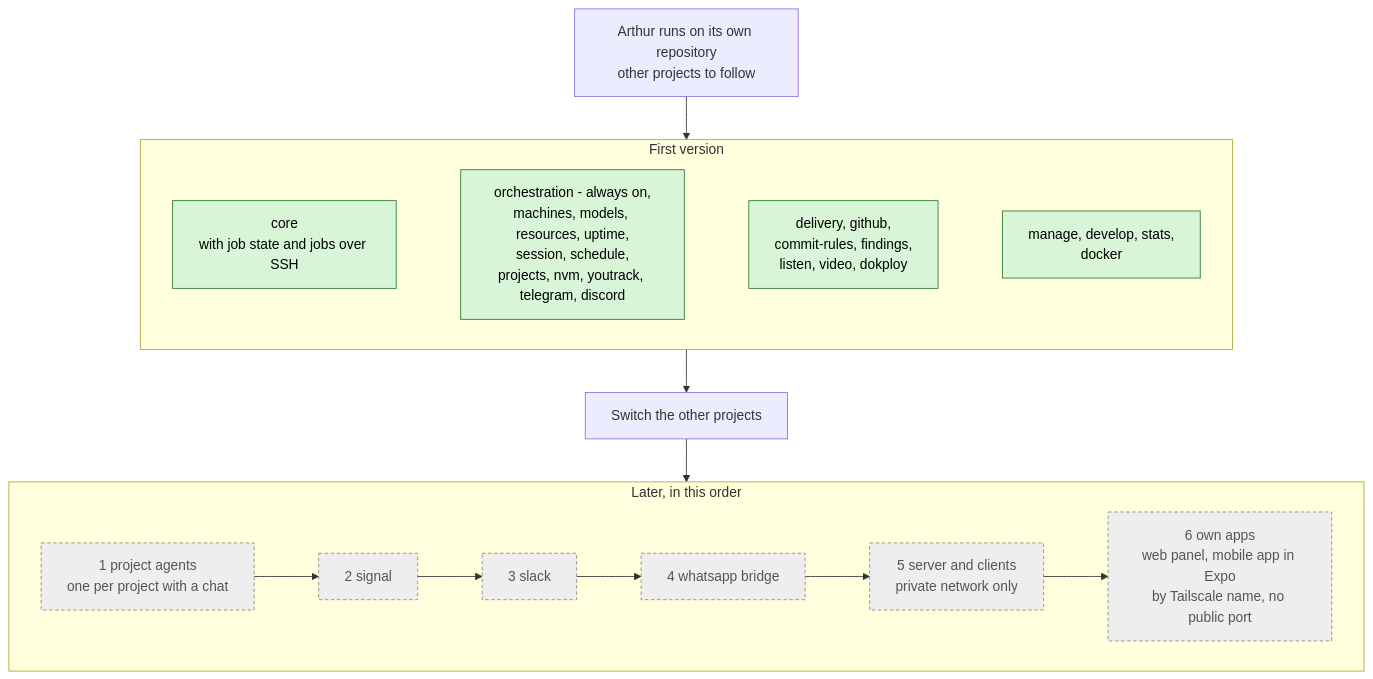
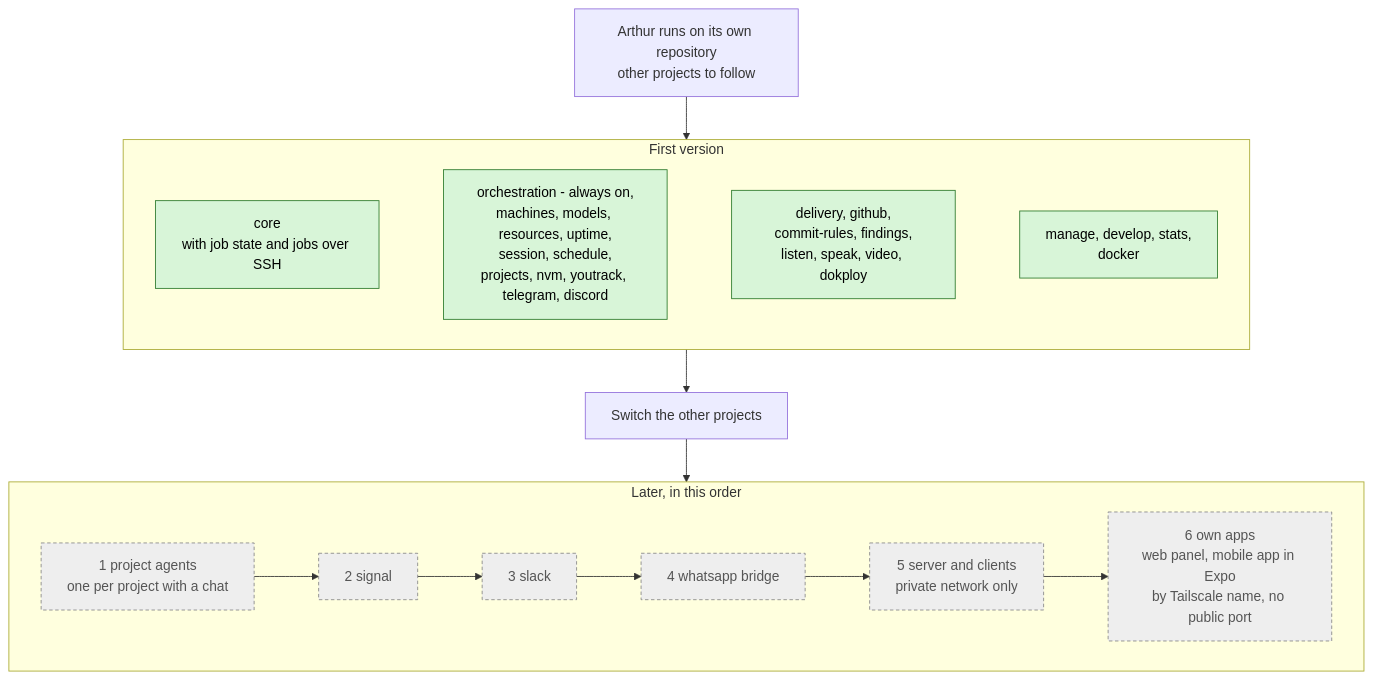
One commit to kacperadler/arthur changed the diagram in docs/architecture/versions.mmd. Above: the diagram before and after it, drawn with Mermaid. The commit also changed 12 other files, not shown here.

```diff
--- a/docs/architecture/versions.mmd
+++ b/docs/architecture/versions.mmd
@@ -1,30 +1,30 @@
 %% From the switch (Arthur runs on its own repository since 2026-10-25) to the rest of Arthur's first version and after it. Green = first version, grey dashed = later.
 flowchart TD
   today[Arthur runs on its own repository<br/>other projects to follow]
 
   subgraph V1[First version]
     core[core<br/>with job state and jobs over SSH]
     p1[orchestration - always on,<br/>machines, models, resources, uptime,<br/>session, schedule,<br/>projects, nvm, youtrack, telegram, discord]
-    p2[delivery, github,<br/>commit-rules, findings,<br/>listen, video, dokploy]
+    p2[delivery, github,<br/>commit-rules, findings,<br/>listen, speak, video, dokploy]
     p3[manage, develop, stats,<br/>docker]
     core ~~~ p1 ~~~ p2 ~~~ p3
   end
 
   switch2[Switch the other projects]
 
   subgraph V2[Later, in this order]
     agents[1 project agents<br/>one per project with a chat]
     signal[2 signal]
     slack[3 slack]
     whatsapp[4 whatsapp bridge]
     server[5 server and clients<br/>private network only]
     apps[6 own apps<br/>web panel, mobile app in Expo<br/>by Tailscale name, no public port]
     agents --> signal --> slack --> whatsapp --> server --> apps
   end
 
   today --> V1 --> switch2 --> V2
 
   classDef first fill:#d8f5d8,stroke:#2d7a2d,color:#000;
   classDef later fill:#eee,stroke:#888,stroke-dasharray:4 3,color:#555;
   class core,p1,p2,p3 first;
   class agents,signal,slack,whatsapp,server,apps later;
```
